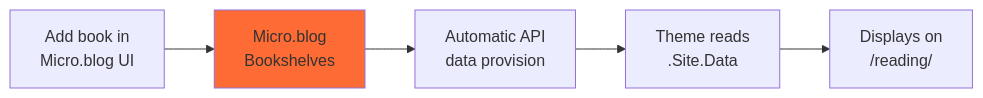
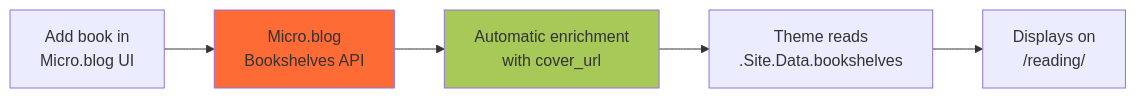
One commit to rocksoup/mbtheme changed diagram 14 of 32 in SYSTEM_DOCUMENTATION.md. Above: the diagram before and after it, drawn with Mermaid. The commit also changed other lines of this file, not shown here.

First line of the commit message:
Update documentation with key architectural clarifications

````diff
--- a/SYSTEM_DOCUMENTATION.md
+++ b/SYSTEM_DOCUMENTATION.md
@@ -748,9 +817,10 @@
 ```mermaid
 graph LR
-    A[Add book in<br/>Micro.blog UI] --> B[Micro.blog<br/>Bookshelves]
-    B --> C[Automatic API<br/>data provision]
-    C --> D[Theme reads<br/>.Site.Data]
+    A[Add book in<br/>Micro.blog UI] --> B[Micro.blog<br/>Bookshelves API]
+    B --> C[Automatic enrichment<br/>with cover_url]
+    C --> D[Theme reads<br/>.Site.Data.bookshelves]
     D --> E[Displays on<br/>/reading/]
 
     style B fill:#FF6B35
+    style C fill:#A7C957
 ```
````
